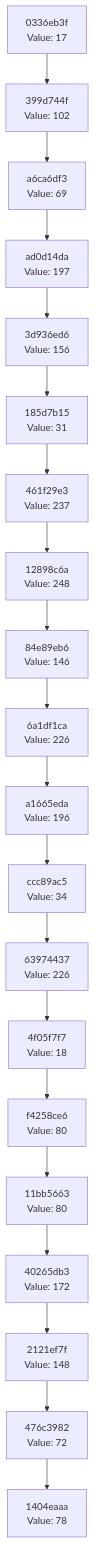
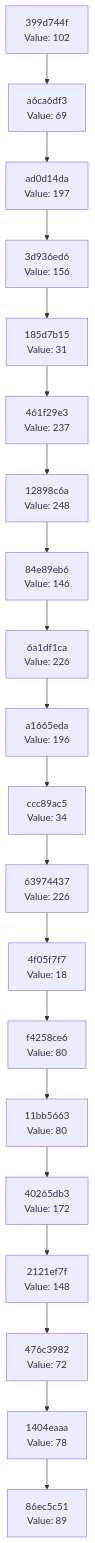
One commit to Abhisheksinha1506/hash-chain-evolver changed the diagram in docs/CHAIN_VISUALIZATION.md. Above: the diagram before and after it, drawn with Mermaid. The commit also changed 2 other files, not shown here.

Commit message:
Evolution step: hash 0x59 → action executed

````diff
--- a/docs/CHAIN_VISUALIZATION.md
+++ b/docs/CHAIN_VISUALIZATION.md
@@ -3,42 +3,42 @@
 ```mermaid
 graph TD
-    C0["1404eaaa<br/>Value: 78"]
-    C1["476c3982<br/>Value: 72"]
+    C0["86ec5c51<br/>Value: 89"]
+    C1["1404eaaa<br/>Value: 78"]
     C1 --> C0
-    C2["2121ef7f<br/>Value: 148"]
+    C2["476c3982<br/>Value: 72"]
     C2 --> C1
-    C3["40265db3<br/>Value: 172"]
+    C3["2121ef7f<br/>Value: 148"]
     C3 --> C2
-    C4["11bb5663<br/>Value: 80"]
+    C4["40265db3<br/>Value: 172"]
     C4 --> C3
-    C5["f4258ce6<br/>Value: 80"]
+    C5["11bb5663<br/>Value: 80"]
     C5 --> C4
-    C6["4f05f7f7<br/>Value: 18"]
+    C6["f4258ce6<br/>Value: 80"]
     C6 --> C5
-    C7["63974437<br/>Value: 226"]
+    C7["4f05f7f7<br/>Value: 18"]
     C7 --> C6
-    C8["ccc89ac5<br/>Value: 34"]
+    C8["63974437<br/>Value: 226"]
     C8 --> C7
-    C9["a1665eda<br/>Value: 196"]
+    C9["ccc89ac5<br/>Value: 34"]
     C9 --> C8
-    C10["6a1df1ca<br/>Value: 226"]
+    C10["a1665eda<br/>Value: 196"]
     C10 --> C9
-    C11["84e89eb6<br/>Value: 146"]
+    C11["6a1df1ca<br/>Value: 226"]
     C11 --> C10
-    C12["12898c6a<br/>Value: 248"]
+    C12["84e89eb6<br/>Value: 146"]
     C12 --> C11
-    C13["461f29e3<br/>Value: 237"]
+    C13["12898c6a<br/>Value: 248"]
     C13 --> C12
-    C14["185d7b15<br/>Value: 31"]
+    C14["461f29e3<br/>Value: 237"]
     C14 --> C13
-    C15["3d936ed6<br/>Value: 156"]
+    C15["185d7b15<br/>Value: 31"]
     C15 --> C14
-    C16["ad0d14da<br/>Value: 197"]
+    C16["3d936ed6<br/>Value: 156"]
     C16 --> C15
-    C17["a6ca6df3<br/>Value: 69"]
+    C17["ad0d14da<br/>Value: 197"]
     C17 --> C16
-    C18["399d744f<br/>Value: 102"]
+    C18["a6ca6df3<br/>Value: 69"]
     C18 --> C17
-    C19["0336eb3f<br/>Value: 17"]
+    C19["399d744f<br/>Value: 102"]
     C19 --> C18
 ```
````
